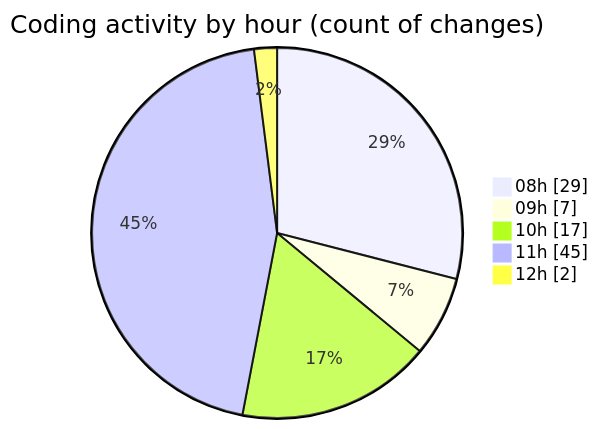
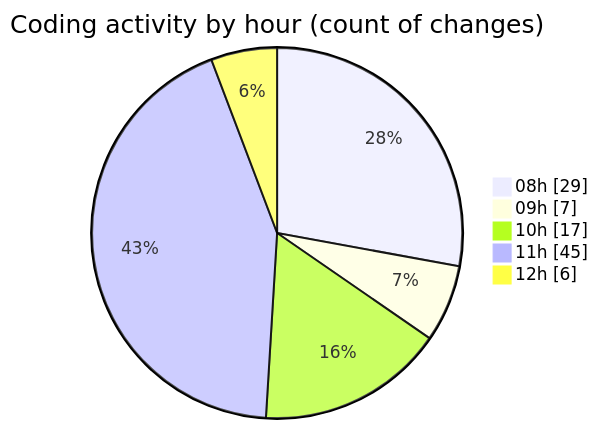
The second of 2 diagrams in 2025-04-09/cda/README.md (momahboobian/code-tracking), drawn with Mermaid before and after one commit. The commit also changed other lines of this file and 1 other file, not shown here.

````diff
--- a/2025-04-09/cda/README.md
+++ b/2025-04-09/cda/README.md
@@ -54,9 +54,9 @@
 ```mermaid
 pie showData
 title Coding activity by hour (count of changes)
 "08h" : 29
 "09h" : 7
 "10h" : 17
 "11h" : 45
-"12h" : 2
+"12h" : 6
 ```
````
